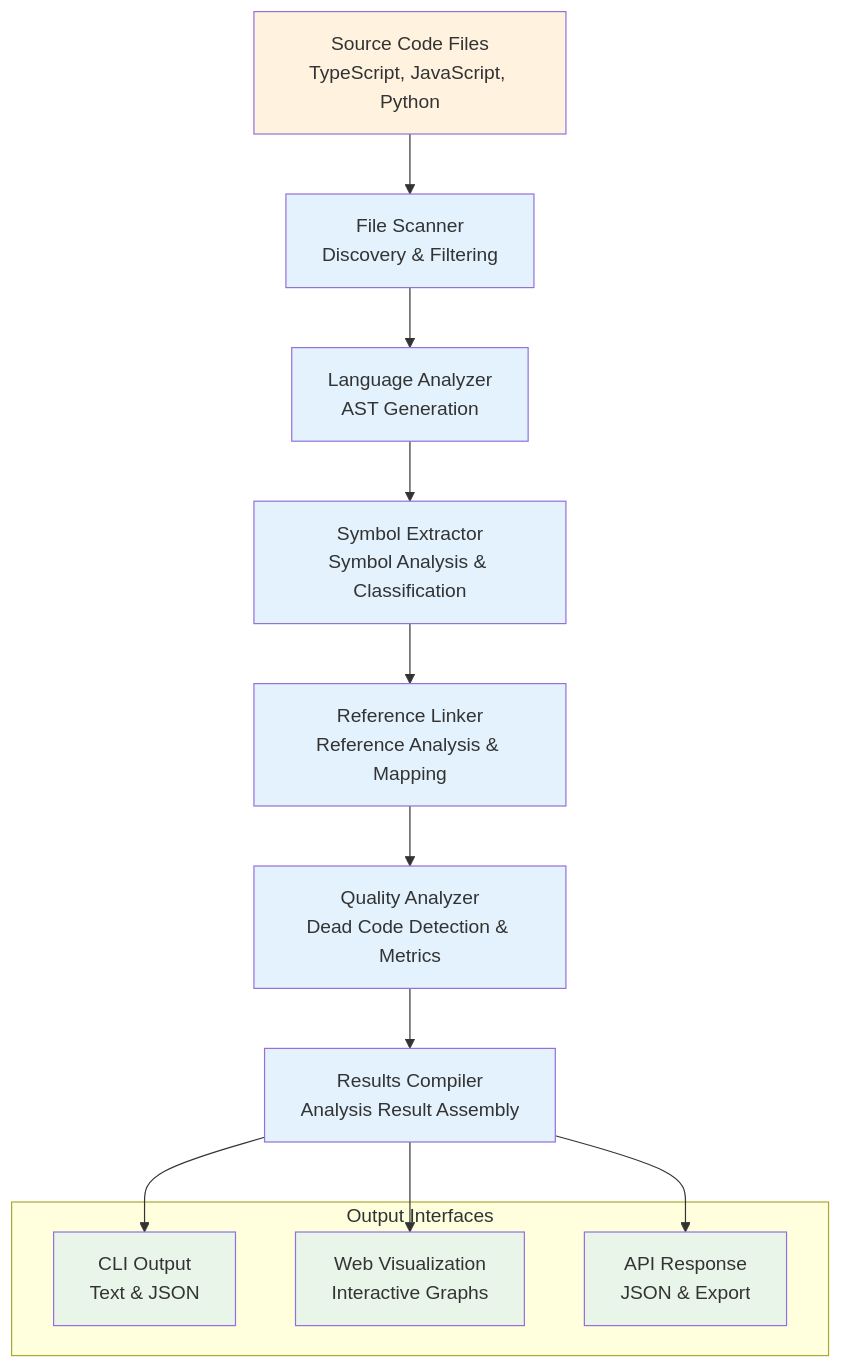
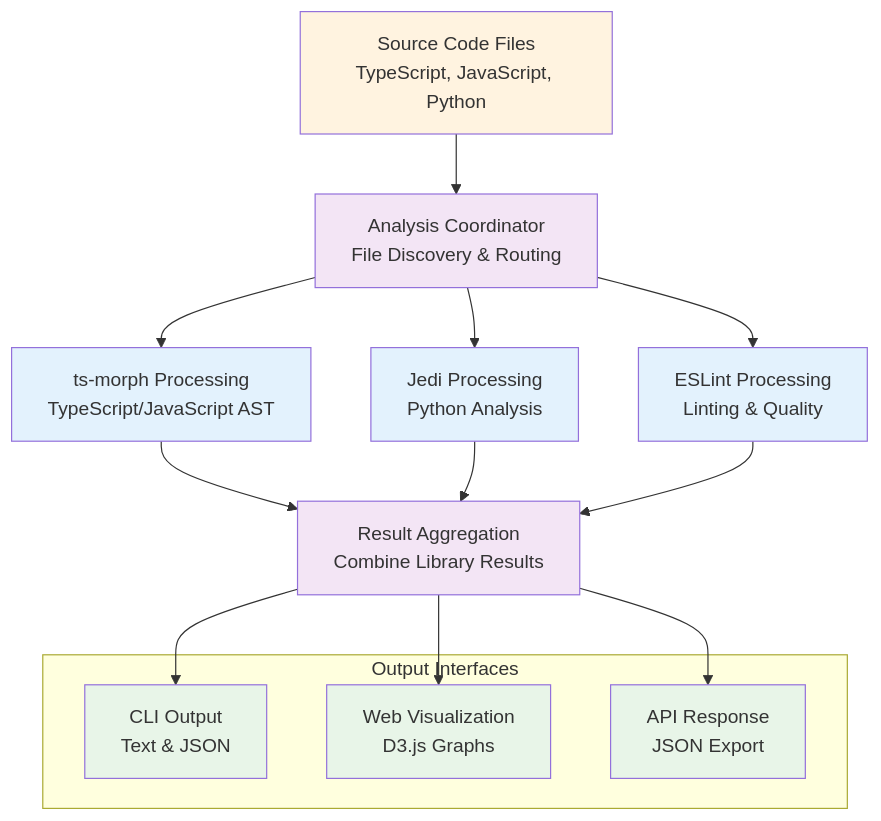
The fifth of 5 diagrams in docs/SAD.md (louipr/cytrac), drawn with Mermaid before and after one commit. The commit also changed other lines of this file, not shown here.

````diff
--- a/docs/SAD.md
+++ b/docs/SAD.md
@@ -426,43 +373,44 @@
 ```mermaid
 flowchart TD
     SOURCE[Source Code Files<br/>TypeScript, JavaScript, Python]
     
-    SCANNER[File Scanner<br/>Discovery & Filtering]
+    COORD[Analysis Coordinator<br/>File Discovery & Routing]
     
-    LANG_ANALYZER[Language Analyzer<br/>AST Generation]
+    TSMORPH[ts-morph Processing<br/>TypeScript/JavaScript AST]
+    JEDI[Jedi Processing<br/>Python Analysis]
+    ESLINT[ESLint Processing<br/>Linting & Quality]
     
-    SYM_EXTRACTOR[Symbol Extractor<br/>Symbol Analysis & Classification]
-    
-    REF_LINKER[Reference Linker<br/>Reference Analysis & Mapping]
-    
-    QUAL_ANALYZER[Quality Analyzer<br/>Dead Code Detection & Metrics]
-    
-    RESULTS_COMPILER[Results Compiler<br/>Analysis Result Assembly]
+    AGGREGATOR[Result Aggregation<br/>Combine Library Results]
     
     subgraph "Output Interfaces"
         CLI_OUT[CLI Output<br/>Text & JSON]
-        WEB_VIZ[Web Visualization<br/>Interactive Graphs]
-        API_RESP[API Response<br/>JSON & Export]
+        WEB_VIZ[Web Visualization<br/>D3.js Graphs]
+        API_RESP[API Response<br/>JSON Export]
     end
     
     %% Data flow sequence
-    SOURCE --> SCANNER
-    SCANNER --> LANG_ANALYZER
-    LANG_ANALYZER --> SYM_EXTRACTOR
-    SYM_EXTRACTOR --> REF_LINKER
-    REF_LINKER --> QUAL_ANALYZER
-    QUAL_ANALYZER --> RESULTS_COMPILER
+    SOURCE --> COORD
+    
+    COORD --> TSMORPH
+    COORD --> JEDI
+    COORD --> ESLINT
+    
+    TSMORPH --> AGGREGATOR
+    JEDI --> AGGREGATOR
+    ESLINT --> AGGREGATOR
     
     %% Output distribution
-    RESULTS_COMPILER --> CLI_OUT
-    RESULTS_COMPILER --> WEB_VIZ
-    RESULTS_COMPILER --> API_RESP
+    AGGREGATOR --> CLI_OUT
+    AGGREGATOR --> WEB_VIZ
+    AGGREGATOR --> API_RESP
     
     classDef source fill:#fff3e0
-    classDef process fill:#e3f2fd
+    classDef library fill:#e3f2fd
     classDef output fill:#e8f5e8
+    classDef coord fill:#f3e5f5
     
     class SOURCE source
-    class SCANNER,LANG_ANALYZER,SYM_EXTRACTOR,REF_LINKER,QUAL_ANALYZER,RESULTS_COMPILER process
+    class COORD,AGGREGATOR coord
+    class TSMORPH,JEDI,ESLINT library
     class CLI_OUT,WEB_VIZ,API_RESP output
 ```
````
